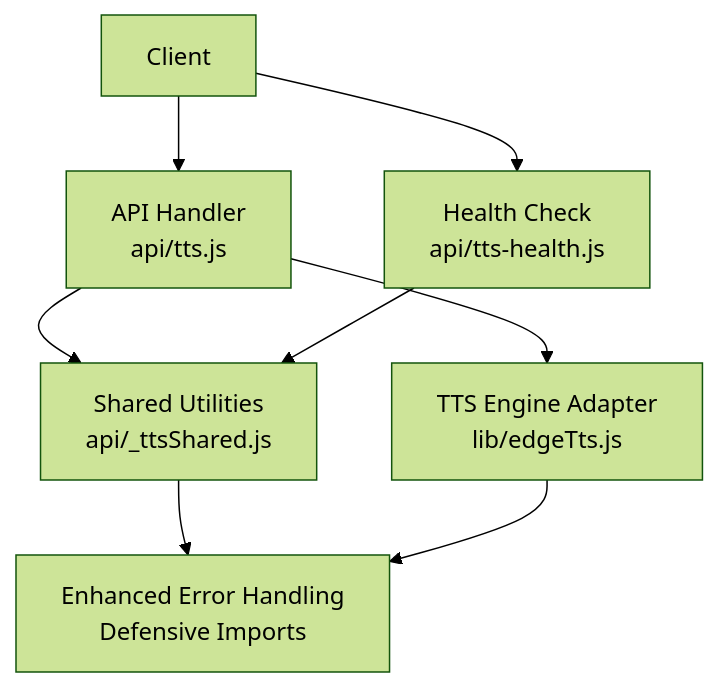
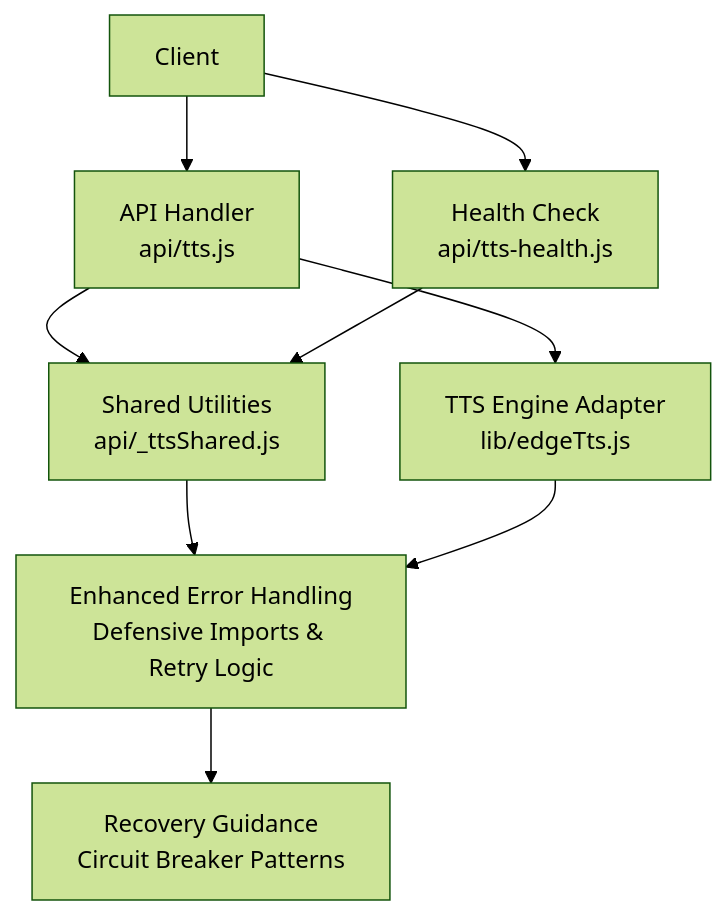
Before and after one commit to zmyeo54/briefroom: the first of 5 diagrams in .qoder/repowiki/en/content/API Reference/Text-to-Speech API.md, drawn with Mermaid (forest theme). The commit also changed other lines of this file and 7 other files, not shown here.

First line of the commit message:
feat(tts): enhance stability with retry logic and circuit breaker patterns

````diff
--- a/.qoder/repowiki/en/content/API Reference/Text-to-Speech API.md
+++ b/.qoder/repowiki/en/content/API Reference/Text-to-Speech API.md
@@ -42,10 +45,11 @@
 ```mermaid
 graph TB
 Client["Client"] --> TTS["API Handler<br/>api/tts.js"]
 Client --> Health["Health Check<br/>api/tts-health.js"]
 TTS --> Shared["Shared Utilities<br/>api/_ttsShared.js"]
 TTS --> EdgeTTS["TTS Engine Adapter<br/>lib/edgeTts.js"]
 Health --> Shared
-Shared --> ErrorHandling["Enhanced Error Handling<br/>Defensive Imports"]
+Shared --> ErrorHandling["Enhanced Error Handling<br/>Defensive Imports & Retry Logic"]
 EdgeTTS --> ErrorHandling
+ErrorHandling --> Recovery["Recovery Guidance<br/>Circuit Breaker Patterns"]
 ```
````
